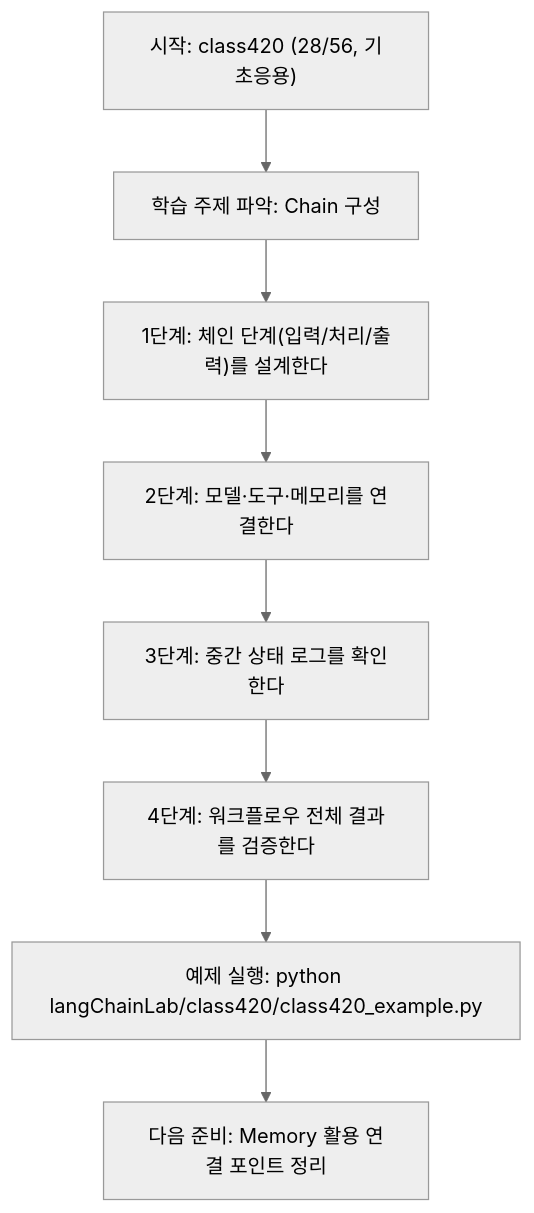
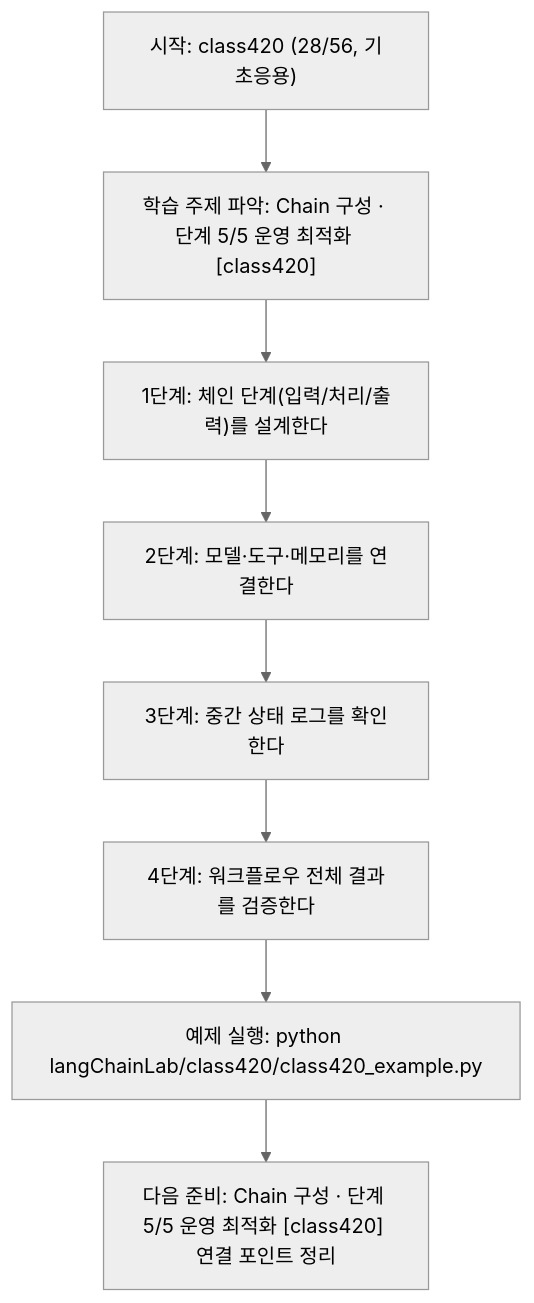
The diagram in langChainLab/class420/class420.md (edumgt/Python-AI_Agent-Class), drawn with Mermaid (neutral theme) before and after one commit. The commit also changed other lines of this file and 522 other files, not shown here.

````diff
--- a/langChainLab/class420/class420.md
+++ b/langChainLab/class420/class420.md
@@ -108,18 +109,18 @@
 ```mermaid
 flowchart TD
 N1["시작: class420 (28/56, 기초응용)"]
-N2["학습 주제 파악: Chain 구성"]
+N2["학습 주제 파악: Chain 구성 · 단계 5/5 운영 최적화 [class420]"]
 N3["1단계: 체인 단계(입력/처리/출력)를 설계한다"]
 N4["2단계: 모델·도구·메모리를 연결한다"]
 N5["3단계: 중간 상태 로그를 확인한다"]
 N6["4단계: 워크플로우 전체 결과를 검증한다"]
 N7["예제 실행: python langChainLab/class420/class420_example.py"]
-N8["다음 준비: Memory 활용 연결 포인트 정리"]
+N8["다음 준비: Chain 구성 · 단계 5/5 운영 최적화 [class420] 연결 포인트 정리"]
 N1 --> N2
 N2 --> N3
 N3 --> N4
 N4 --> N5
 N5 --> N6
 N6 --> N7
 N7 --> N8
 ```
````
